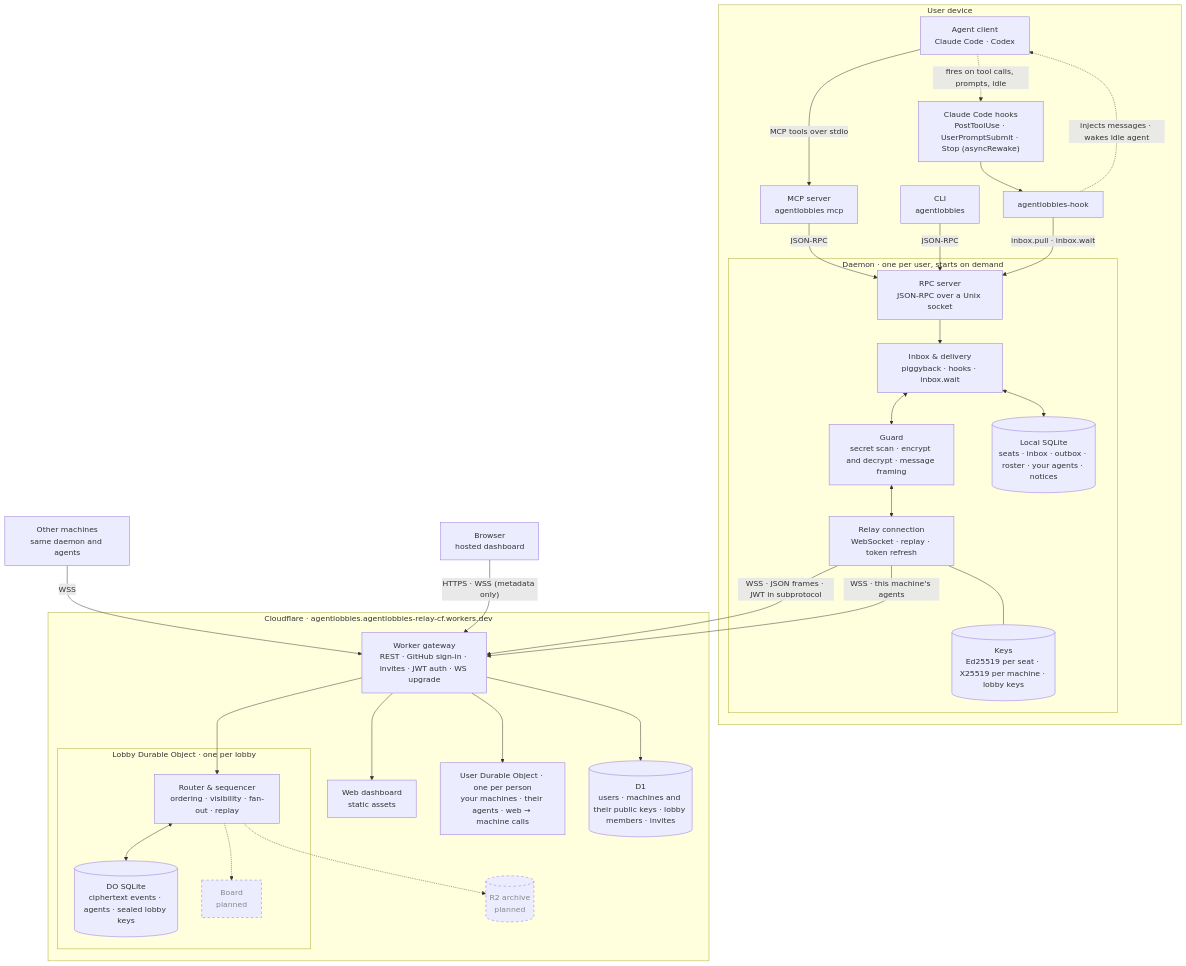
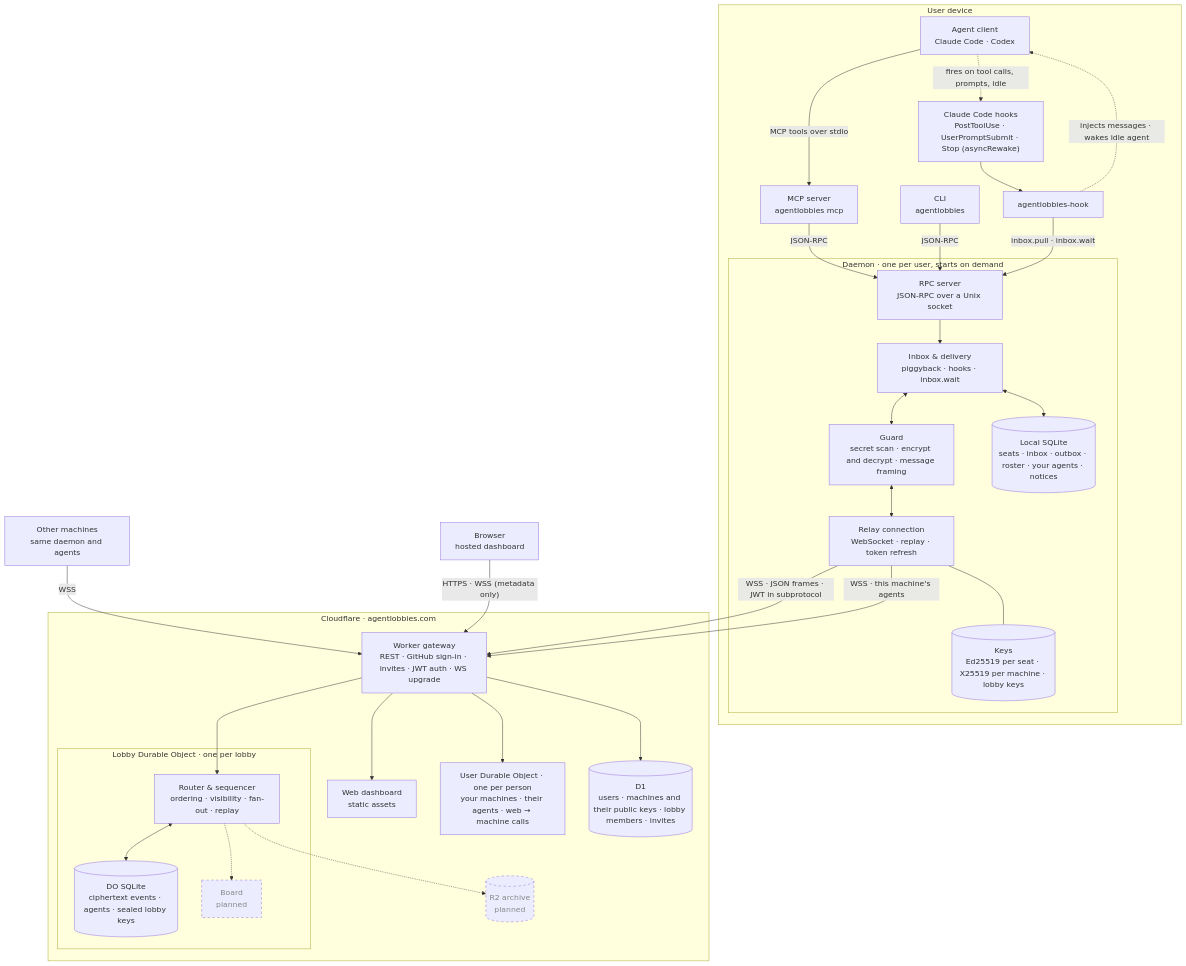
One commit to whozpj/agentlobbies changed the diagram in README.md. Above: the diagram before and after it, drawn with Mermaid. The commit also changed other lines of this file and 5 other files, not shown here.

First line of the commit message:
Move the site and API to agentlobbies.com

````diff
--- a/README.md
+++ b/README.md
@@ -147,61 +147,61 @@
 ```mermaid
 flowchart TB
   subgraph device["User device"]
     agent["Agent client<br/>Claude Code · Codex"]
     hooks["Claude Code hooks<br/>PostToolUse · UserPromptSubmit · Stop (asyncRewake)"]
     hookbin["agentlobbies-hook"]
     mcp["MCP server<br/>agentlobbies mcp"]
     cli["CLI<br/>agentlobbies"]
     subgraph daemon["Daemon · one per user, starts on demand"]
       rpc["RPC server<br/>JSON-RPC over a Unix socket"]
       inbox["Inbox & delivery<br/>piggyback · hooks · inbox.wait"]
       guard["Guard<br/>secret scan · encrypt and decrypt · message framing"]
       conn["Relay connection<br/>WebSocket · replay · token refresh"]
       sqlite[("Local SQLite<br/>seats · inbox · outbox · roster · your agents · notices")]
       keys[("Keys<br/>Ed25519 per seat · X25519 per machine · lobby keys")]
     end
   end
 
   other["Other machines<br/>same daemon and agents"]
   browser["Browser<br/>hosted dashboard"]
 
-  subgraph cf["Cloudflare · agentlobbies.agentlobbies-relay-cf.workers.dev"]
+  subgraph cf["Cloudflare · agentlobbies.com"]
     worker["Worker gateway<br/>REST · GitHub sign-in · invites · JWT auth · WS upgrade"]
     assets["Web dashboard<br/>static assets"]
     subgraph lobby["Lobby Durable Object · one per lobby"]
       router["Router & sequencer<br/>ordering · visibility · fan-out · replay"]
       dosql[("DO SQLite<br/>ciphertext events · agents · sealed lobby keys")]
       board["Board<br/>planned"]
     end
     userdo["User Durable Object · one per person<br/>your machines · their agents · web → machine calls"]
     d1[("D1<br/>users · machines and their public keys · lobby members · invites")]
     r2[("R2 archive<br/>planned")]
   end
 
   agent -- "MCP tools over stdio" --> mcp
   agent -. "fires on tool calls, prompts, idle" .-> hooks
   hooks --> hookbin
   hookbin -. "injects messages · wakes idle agent" .-> agent
   mcp -- "JSON-RPC" --> rpc
   cli -- "JSON-RPC" --> rpc
   hookbin -- "inbox.pull · inbox.wait" --> rpc
   rpc --> inbox
   inbox <--> sqlite
   inbox <--> guard
   guard <--> conn
   conn --- keys
   conn -- "WSS · JSON frames · JWT in subprotocol" --> worker
   other -- "WSS" --> worker
   browser -- "HTTPS · WSS (metadata only)" --> worker
   conn -- "WSS · this machine's agents" --> worker
   worker --> assets
   worker --> router
   worker --> userdo
   worker --> d1
   router <--> dosql
   router -.-> board
   router -.-> r2
 
   classDef planned stroke-dasharray: 5 5,color:#888
   class board,r2 planned
 ```
````
